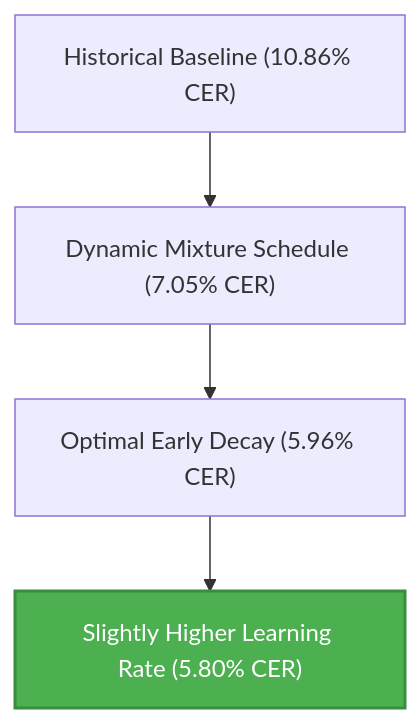
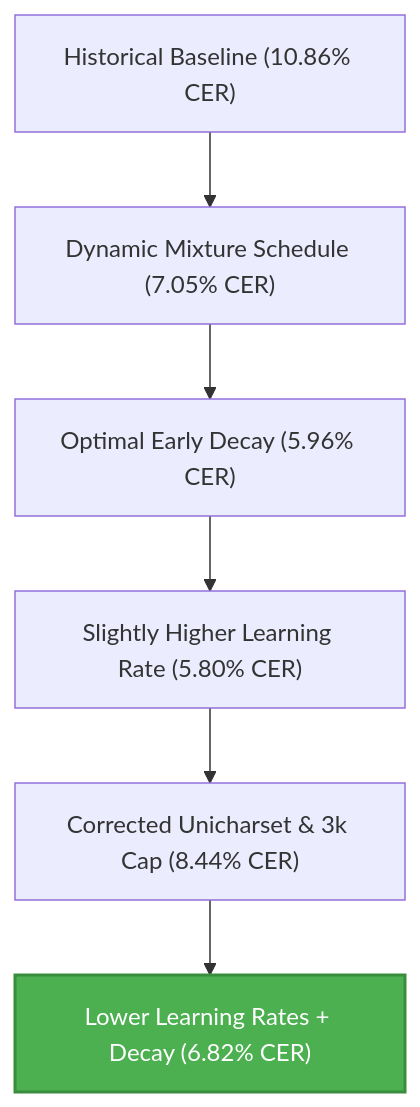
The diagram in backlog/docs/research/recent-training-sweeps-and-optimal-model-findings/doc-17 - Recent-Training-Sweeps-and-Optimal-Model-Findings.md (CharlieMcVicker/chr-ocr), drawn with Mermaid before and after one commit. The commit also changed other lines of this file and 3 other files, not shown here.

Commit message:
Execute low learning rate sweep with step decay (TASK-155) & update model findings

````diff
--- a/backlog/docs/research/recent-training-sweeps-and-optimal-model-findings/doc-17 - Recent-Training-Sweeps-and-Optimal-Model-Findings.md
+++ b/backlog/docs/research/recent-training-sweeps-and-optimal-model-findings/doc-17 - Recent-Training-Sweeps-and-Optimal-Model-Findings.md
@@ -16,7 +18,9 @@
 ```mermaid
 graph TD
     A["Historical Baseline (10.86% CER)"] --> B["Dynamic Mixture Schedule (7.05% CER)"]
     B --> C["Optimal Early Decay (5.96% CER)"]
     C --> D["Slightly Higher Learning Rate (5.80% CER)"]
-    style D fill:#4CAF50,stroke:#388E3C,stroke-width:2px,color:#fff
+    D --> E["Corrected Unicharset & 3k Cap (8.44% CER)"]
+    E --> F["Lower Learning Rates + Decay (6.82% CER)"]
+    style F fill:#4CAF50,stroke:#388E3C,stroke-width:2px,color:#fff
 ```
````
